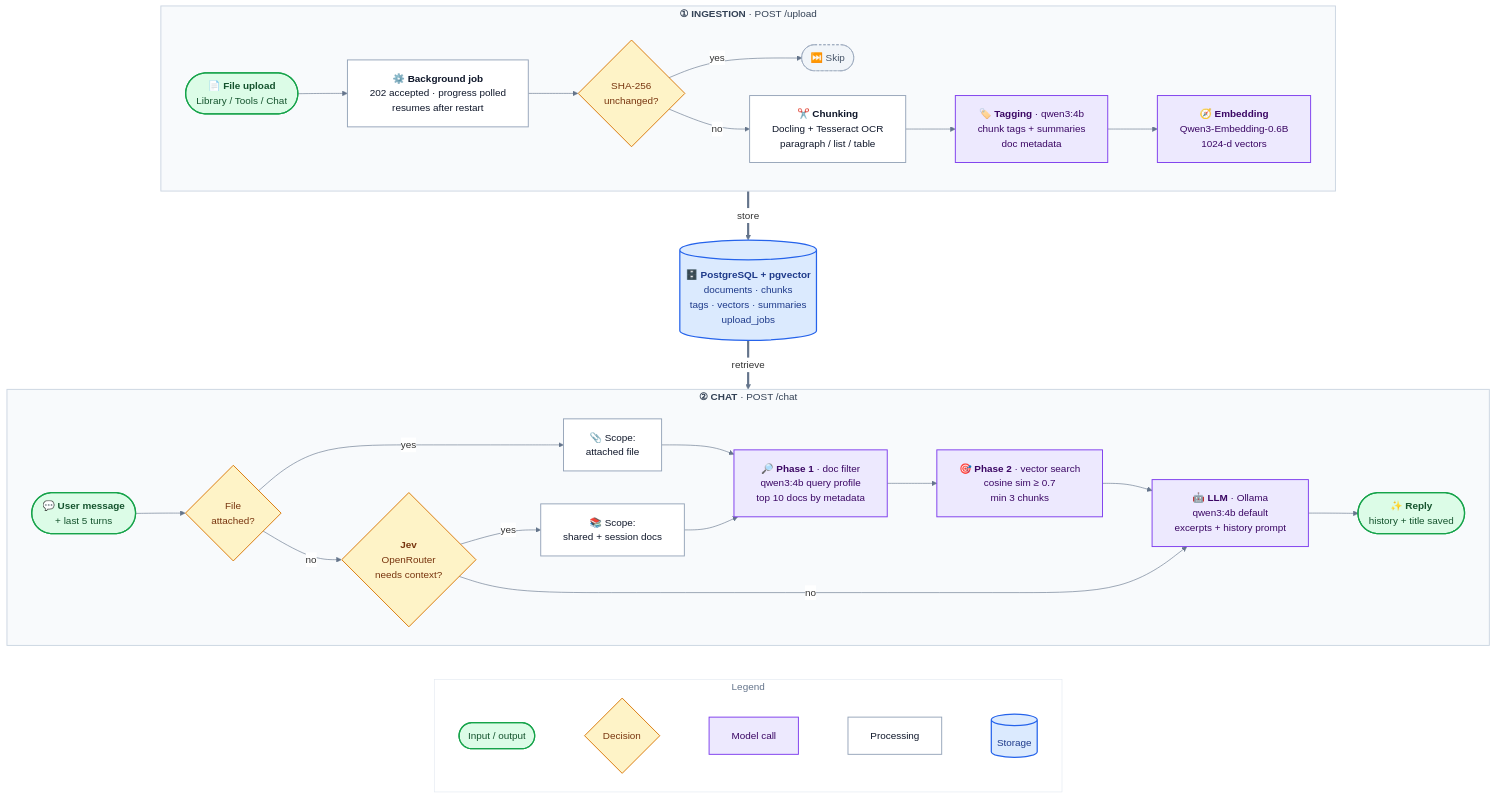
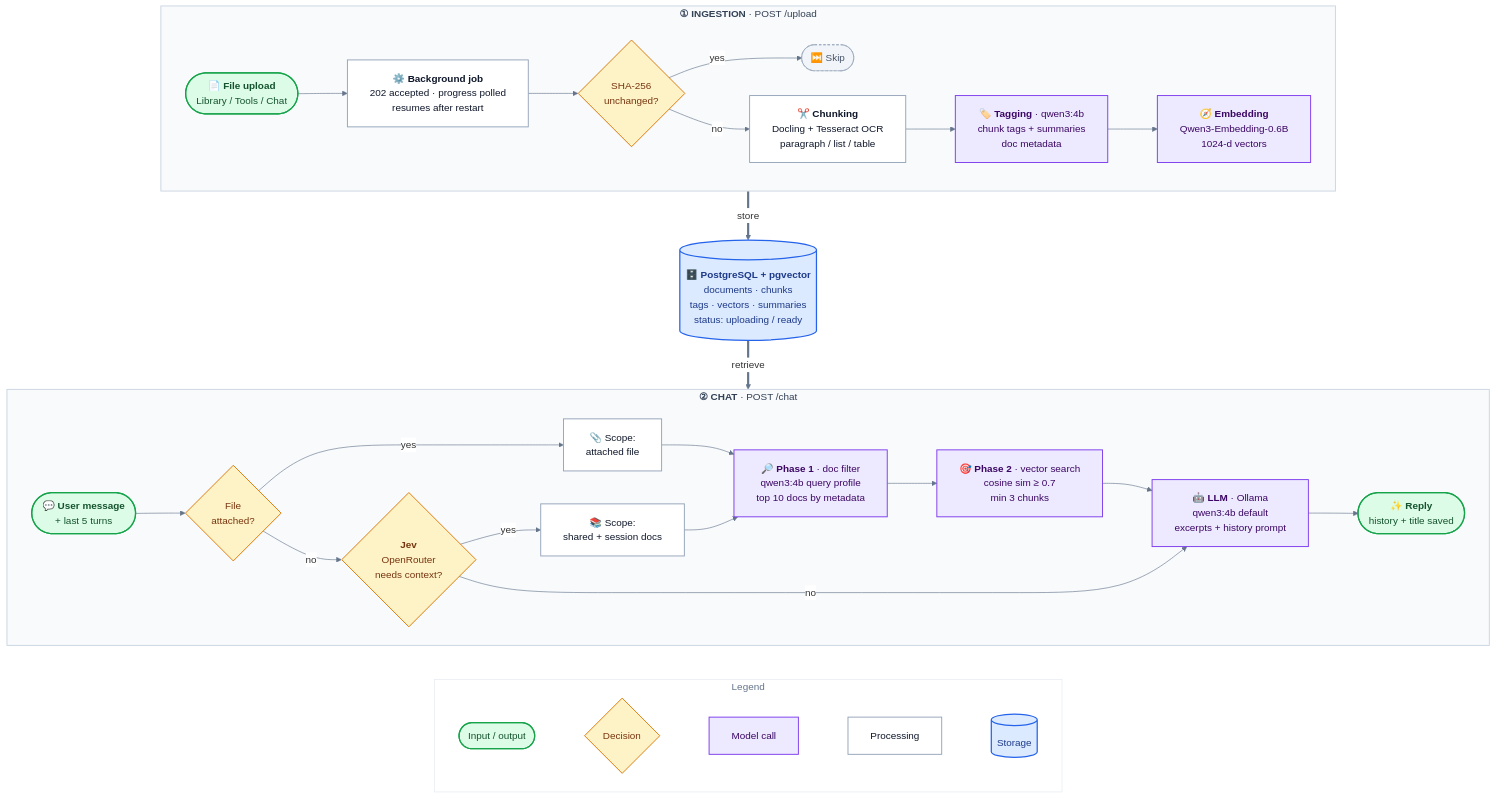
Before and after one commit to ironMan-blip/RAG: the diagram in README.md, drawn with Mermaid. The commit also changed 11 other files, not shown here.

Commit message:
refactor: migrate upload state from separate table to document status columns and add chunk completion tracking

```diff
--- a/README.md
+++ b/README.md
@@ -40,7 +40,7 @@
         A2 -- no --> A4 --> A5 --> A6
     end
 
-    KB[("🗄️ <b>PostgreSQL + pgvector</b><br/>documents · chunks<br/>tags · vectors · summaries<br/>upload_jobs")]
+    KB[("🗄️ <b>PostgreSQL + pgvector</b><br/>documents · chunks<br/>tags · vectors · summaries<br/>status: uploading / ready")]
 
     subgraph ask["&nbsp;&nbsp;&nbsp;<b>② CHAT</b> · POST /chat&nbsp;&nbsp;&nbsp;"]
         direction LR
```
